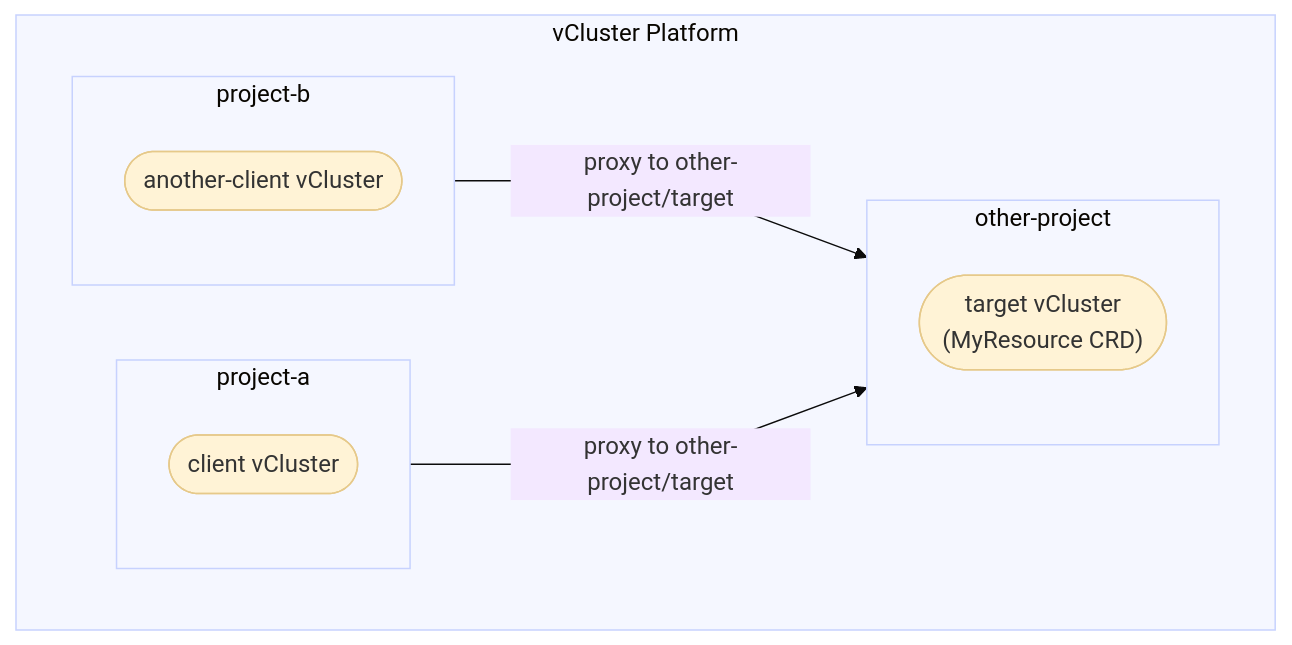
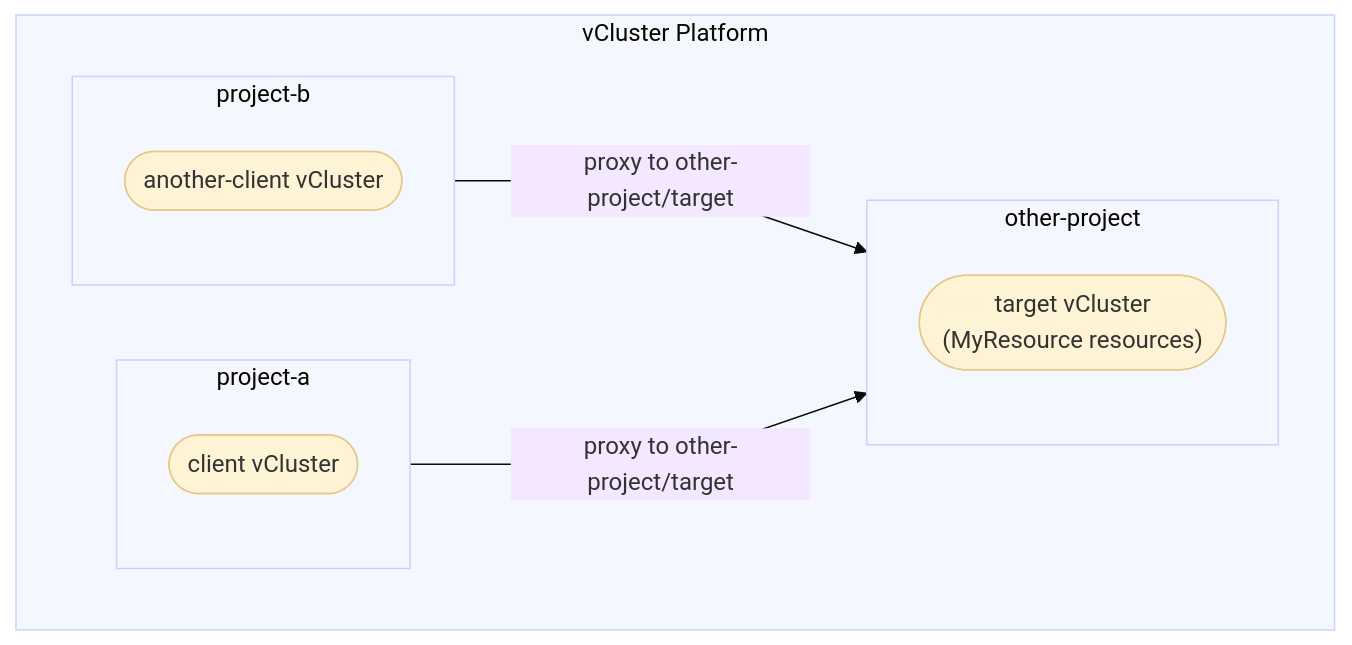
The fourth of 4 diagrams in vcluster/configure/vcluster-yaml/experimental/proxy.mdx (loft-sh/vcluster-docs), drawn with Mermaid before and after one commit. The commit also changed other lines of this file and 18 other files, not shown here.

````diff
--- a/vcluster/configure/vcluster-yaml/experimental/proxy.mdx
+++ b/vcluster/configure/vcluster-yaml/experimental/proxy.mdx
@@ -416,33 +416,33 @@
 ```mermaid
 %%{init: {'theme': 'base', 'themeVariables': {'edgeLabelBackground':'#F3E8FF','edgeLabelColor':'#111827'}, 'flowchart': {'curve': 'linear'}}}%%
 flowchart TB
   subgraph platform["vCluster Platform"]
     direction LR
 
     subgraph project_a["project-a"]
       direction TB
       client_a([client vCluster])
     end
 
     subgraph project_b["project-b"]
       direction TB
       client_b([another-client vCluster])
     end
 
     subgraph other_project["other-project"]
       direction TB
-      target(["target vCluster<br />(MyResource CRD)"])
+      target(["target vCluster<br />(MyResource resources)"])
     end
   end
 
   client_a -->|proxy to other-project/target| target
   client_b -->|proxy to other-project/target| target
 
   classDef node fill:#FFF3D6,stroke:#E6C98A,stroke-width:1px,rx:0,ry:0;
   class client_a,client_b,target node;
 
   style platform fill:#F5F7FF,stroke:#C7D2FE,stroke-width:1px,rx:0,ry:0;
   style project_a fill:#F5F7FF,stroke:#C7D2FE,stroke-width:1px,rx:0,ry:0;
   style project_b fill:#F5F7FF,stroke:#C7D2FE,stroke-width:1px,rx:0,ry:0;
   style other_project fill:#F5F7FF,stroke:#C7D2FE,stroke-width:1px,rx:0,ry:0;
 ```
````
